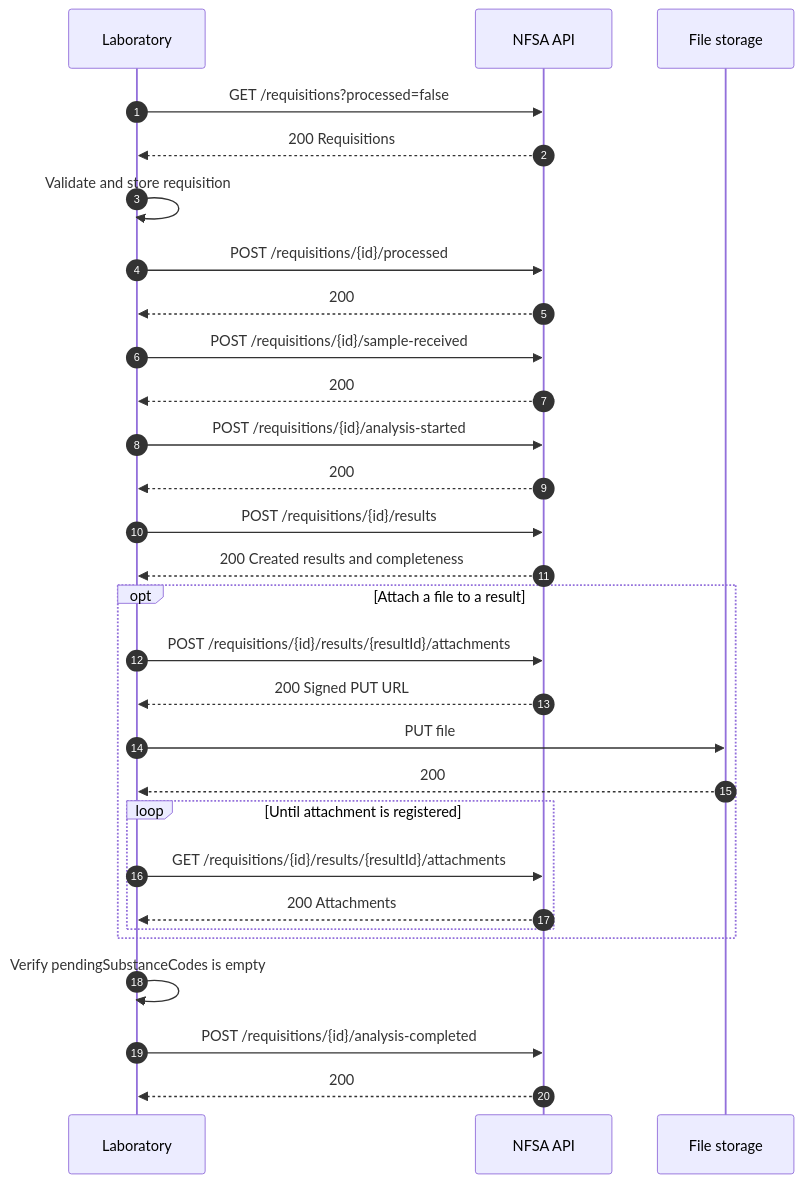
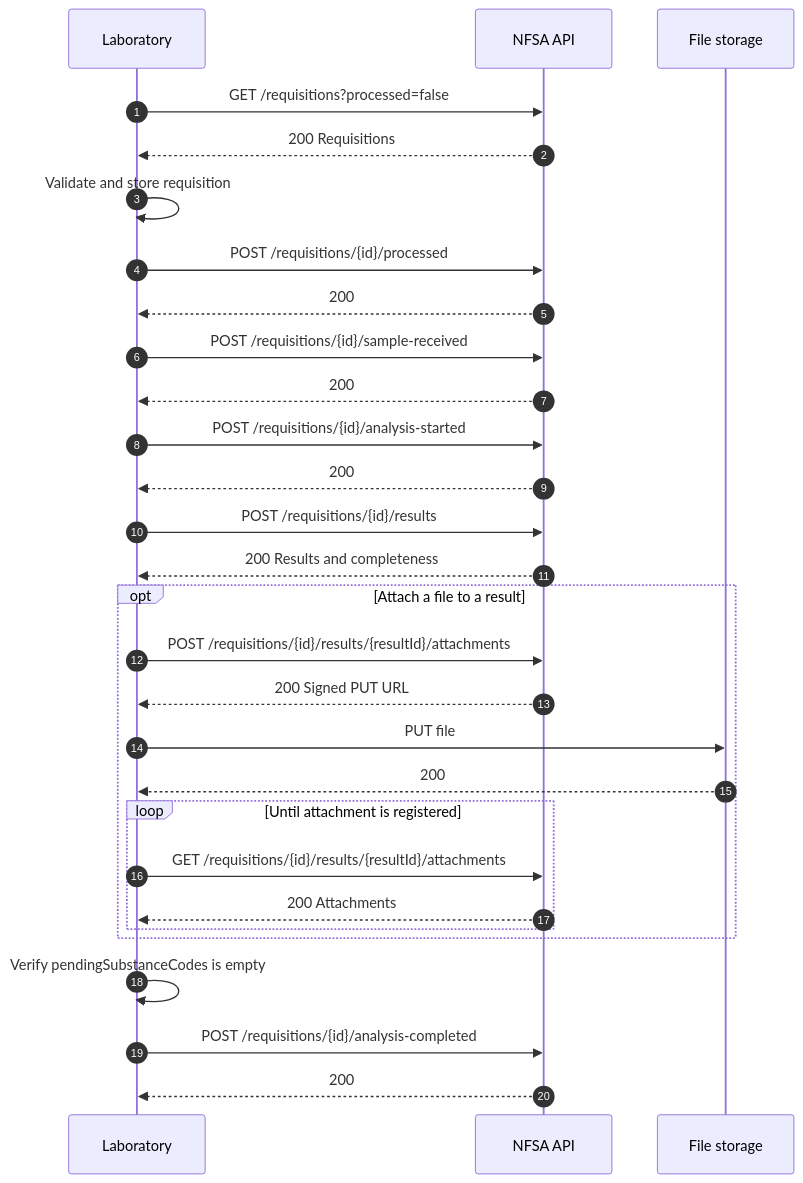
The diagram in README.md (Mattilsynet/provetaking-labintegration), drawn with Mermaid before and after one commit. The commit also changed other lines of this file, not shown here.

````diff
--- a/README.md
+++ b/README.md
@@ -100,32 +100,32 @@
 ```mermaid
 sequenceDiagram
     autonumber
     participant LAB as Laboratory
     participant MT as NFSA API
     participant GCS as File storage
 
     LAB->>MT: GET /requisitions?processed=false
     MT-->>LAB: 200 Requisitions
     LAB->>LAB: Validate and store requisition
     LAB->>MT: POST /requisitions/{id}/processed
     MT-->>LAB: 200
     LAB->>MT: POST /requisitions/{id}/sample-received
     MT-->>LAB: 200
     LAB->>MT: POST /requisitions/{id}/analysis-started
     MT-->>LAB: 200
     LAB->>MT: POST /requisitions/{id}/results
-    MT-->>LAB: 200 Created results and completeness
+    MT-->>LAB: 200 Results and completeness
     opt Attach a file to a result
         LAB->>MT: POST /requisitions/{id}/results/{resultId}/attachments
         MT-->>LAB: 200 Signed PUT URL
         LAB->>GCS: PUT file
         GCS-->>LAB: 200
         loop Until attachment is registered
             LAB->>MT: GET /requisitions/{id}/results/{resultId}/attachments
             MT-->>LAB: 200 Attachments
         end
     end
     LAB->>LAB: Verify pendingSubstanceCodes is empty
     LAB->>MT: POST /requisitions/{id}/analysis-completed
     MT-->>LAB: 200
 ```
````
